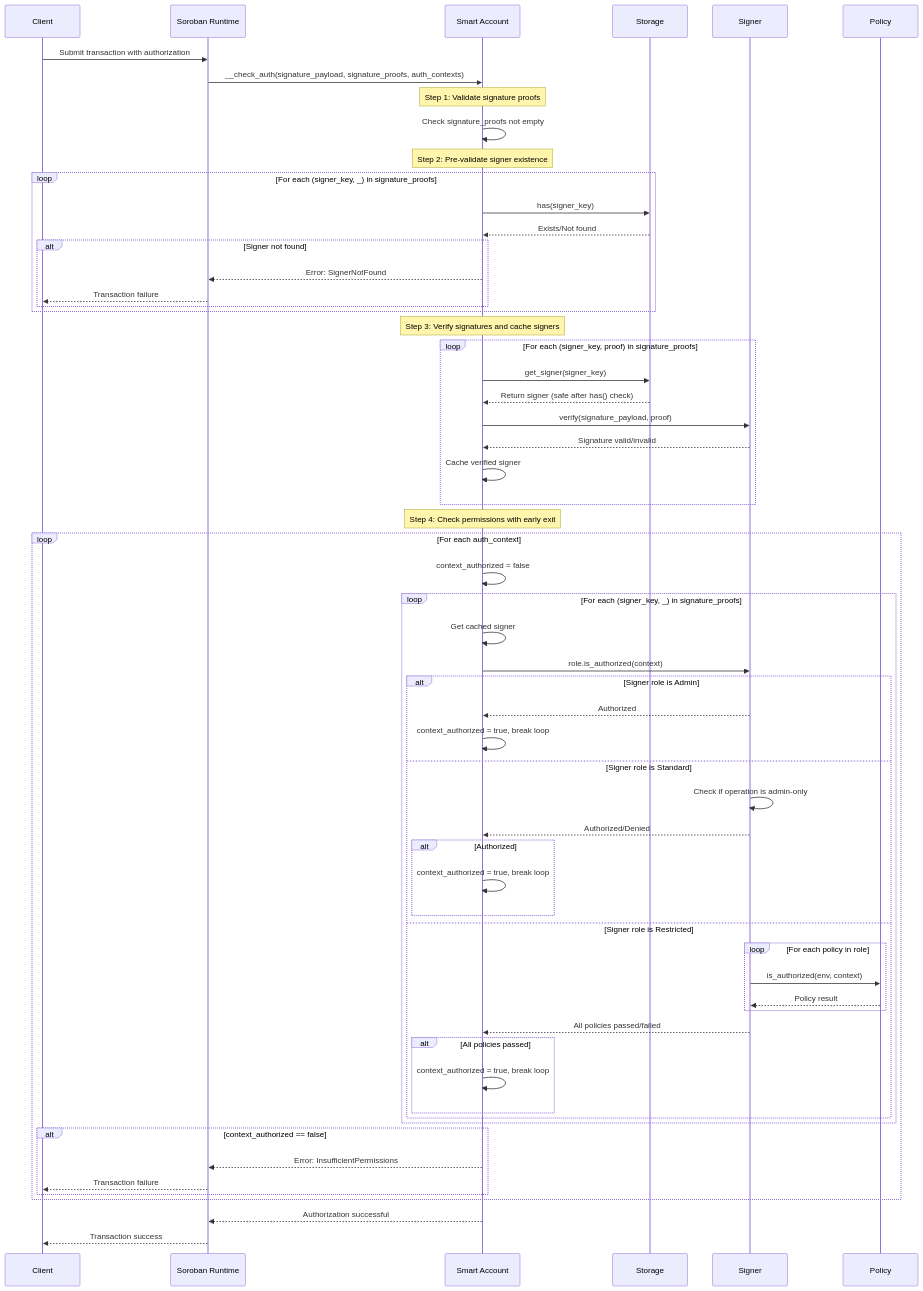
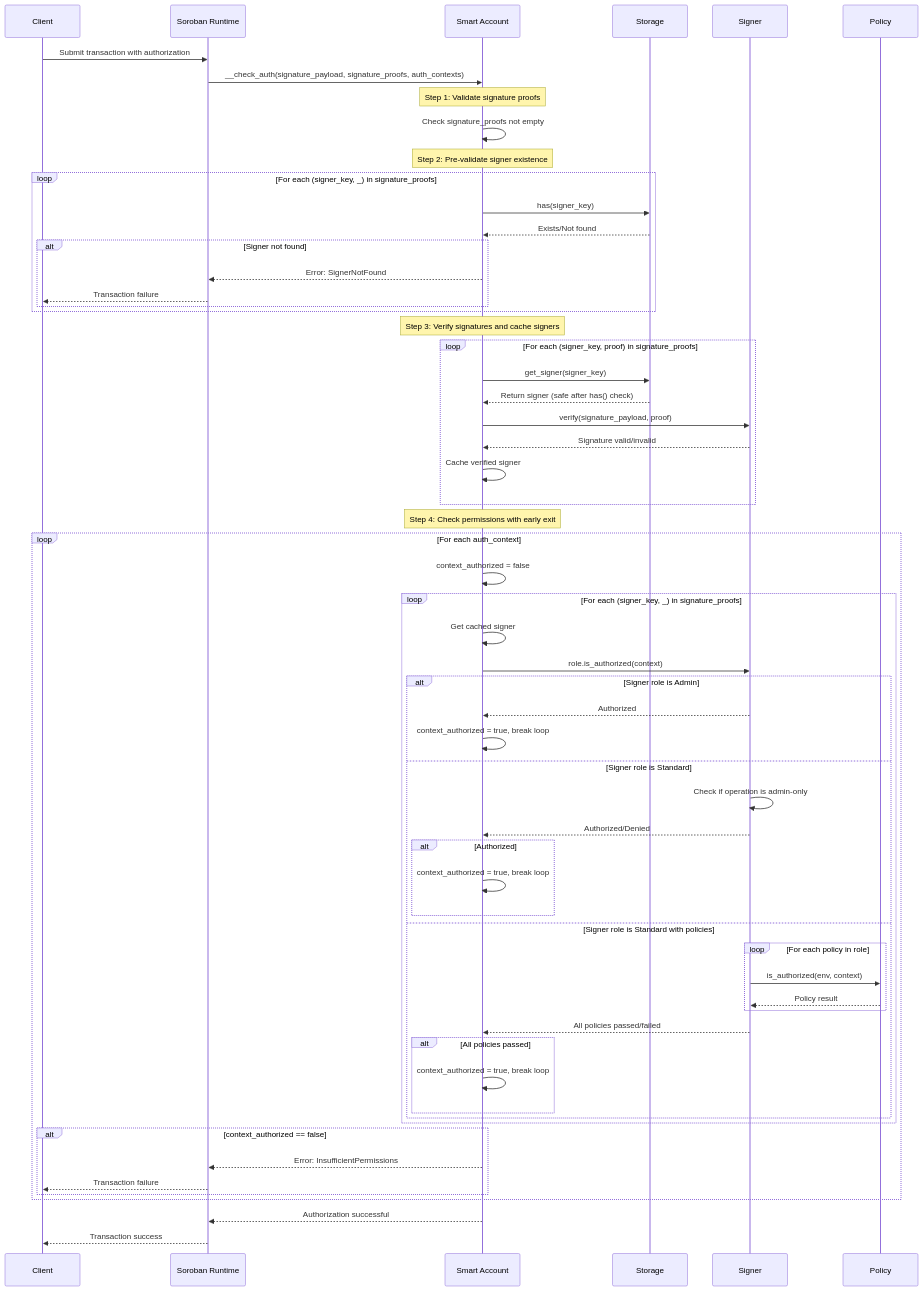
The fourth of 5 diagrams in contracts/smart-account/README.md (Crossmint/stellar-smart-account), drawn with Mermaid before and after one commit. The commit also changed other lines of this file and 10 other files, not shown here.

First line of the commit message:
Consolidate signer roles: merge Restricted into Standard with policies (#62)

````diff
--- a/contracts/smart-account/README.md
+++ b/contracts/smart-account/README.md
@@ -260,70 +259,70 @@
 ```mermaid
 sequenceDiagram
     participant Client
     participant SorobanRuntime as Soroban Runtime
     participant SmartAccount as Smart Account
     participant Storage
     participant Signer
     participant Policy
     
     Client->>SorobanRuntime: Submit transaction with authorization
     SorobanRuntime->>SmartAccount: __check_auth(signature_payload, signature_proofs, auth_contexts)
     
     Note over SmartAccount: Step 1: Validate signature proofs
     SmartAccount->>SmartAccount: Check signature_proofs not empty
     
     Note over SmartAccount: Step 2: Pre-validate signer existence
     loop For each (signer_key, _) in signature_proofs
         SmartAccount->>Storage: has(signer_key)
         Storage-->>SmartAccount: Exists/Not found
         alt Signer not found
             SmartAccount-->>SorobanRuntime: Error: SignerNotFound
             SorobanRuntime-->>Client: Transaction failure
         end
     end
     
     Note over SmartAccount: Step 3: Verify signatures and cache signers
     loop For each (signer_key, proof) in signature_proofs
         SmartAccount->>Storage: get_signer(signer_key)
         Storage-->>SmartAccount: Return signer (safe after has() check)
         SmartAccount->>Signer: verify(signature_payload, proof)
         Signer-->>SmartAccount: Signature valid/invalid
         SmartAccount->>SmartAccount: Cache verified signer
     end
     
     Note over SmartAccount: Step 4: Check permissions with early exit
     loop For each auth_context
         SmartAccount->>SmartAccount: context_authorized = false
         loop For each (signer_key, _) in signature_proofs
             SmartAccount->>SmartAccount: Get cached signer
             SmartAccount->>Signer: role.is_authorized(context)
             
             alt Signer role is Admin
                 Signer-->>SmartAccount: Authorized
                 SmartAccount->>SmartAccount: context_authorized = true, break loop
             else Signer role is Standard
                 Signer->>Signer: Check if operation is admin-only
                 Signer-->>SmartAccount: Authorized/Denied
                 alt Authorized
                     SmartAccount->>SmartAccount: context_authorized = true, break loop
                 end
-            else Signer role is Restricted
+            else Signer role is Standard with policies
                 loop For each policy in role
                     Signer->>Policy: is_authorized(env, context)
                     Policy-->>Signer: Policy result
                 end
                 Signer-->>SmartAccount: All policies passed/failed
                 alt All policies passed
                     SmartAccount->>SmartAccount: context_authorized = true, break loop
                 end
             end
         end
         alt context_authorized == false
             SmartAccount-->>SorobanRuntime: Error: InsufficientPermissions
             SorobanRuntime-->>Client: Transaction failure
         end
     end
     
     SmartAccount-->>SorobanRuntime: Authorization successful
     SorobanRuntime-->>Client: Transaction success
 ```
````
